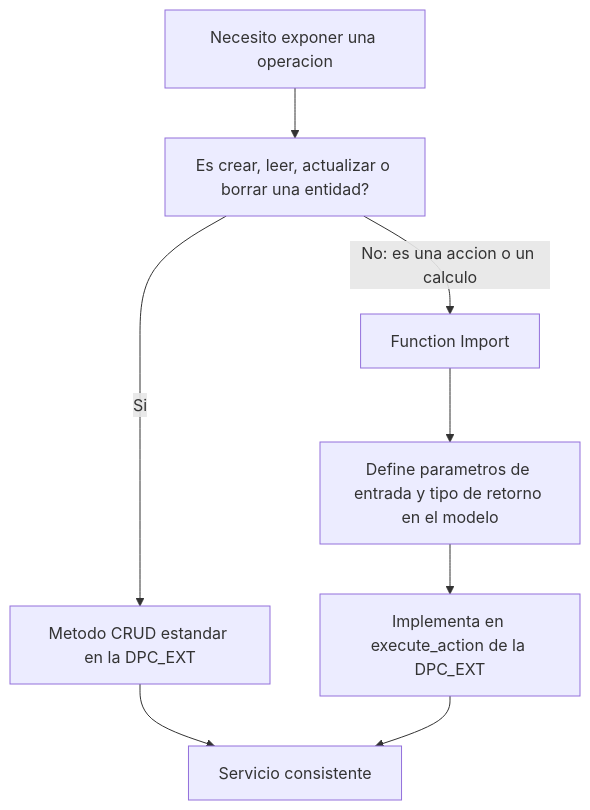
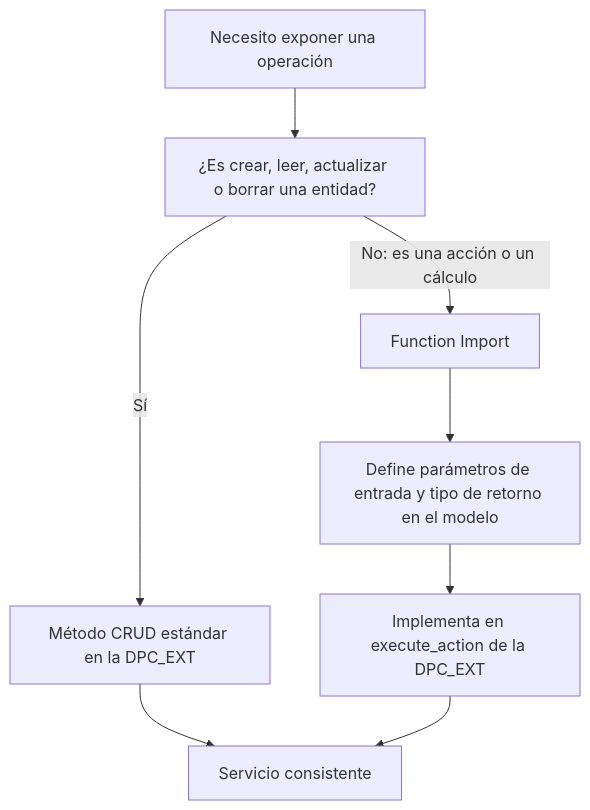
Before and after one commit to logalitech/blog-content: the diagram in es/odata-crud-function-imports.mdx, drawn with Mermaid. The commit also changed other lines of this file and 49 other files, not shown here.

````diff
--- a/es/odata-crud-function-imports.mdx
+++ b/es/odata-crud-function-imports.mdx
@@ -43,10 +43,10 @@
 ```mermaid
 flowchart TD
- A["Necesito exponer una operacion"] --> B["Es crear, leer, actualizar o borrar una entidad?"]
- B -->|"Si"| C["Metodo CRUD estandar en la DPC_EXT"]
- B -->|"No: es una accion o un calculo"| D["Function Import"]
- D --> E["Define parametros de entrada y tipo de retorno en el modelo"]
+ A["Necesito exponer una operación"] --> B["¿Es crear, leer, actualizar o borrar una entidad?"]
+ B -->|"Sí"| C["Método CRUD estándar en la DPC_EXT"]
+ B -->|"No: es una acción o un cálculo"| D["Function Import"]
+ D --> E["Define parámetros de entrada y tipo de retorno en el modelo"]
  E --> F["Implementa en execute_action de la DPC_EXT"]
  C --> G["Servicio consistente"]
  F --> G
 ```
````
